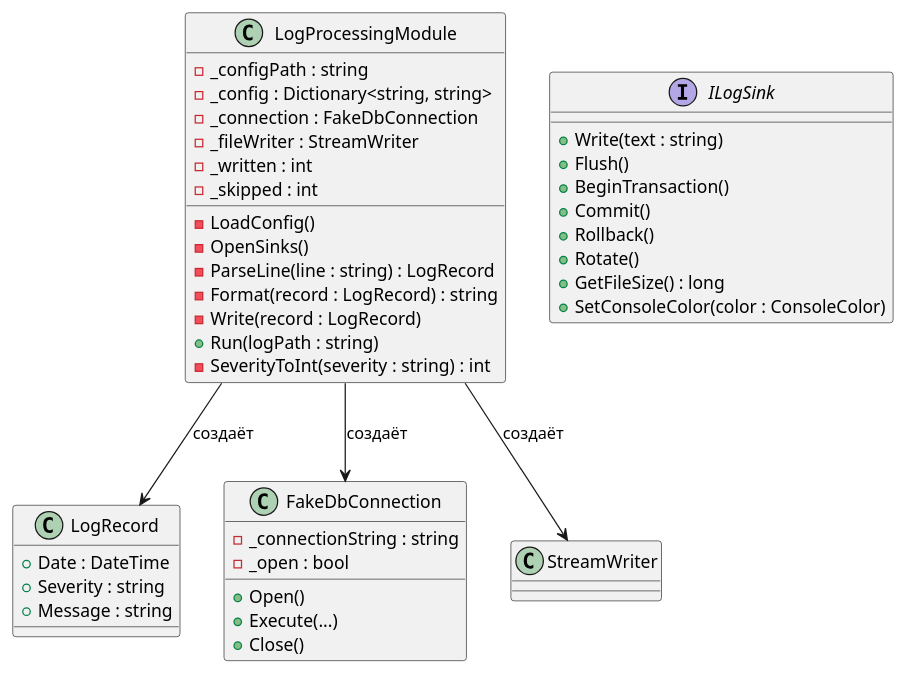
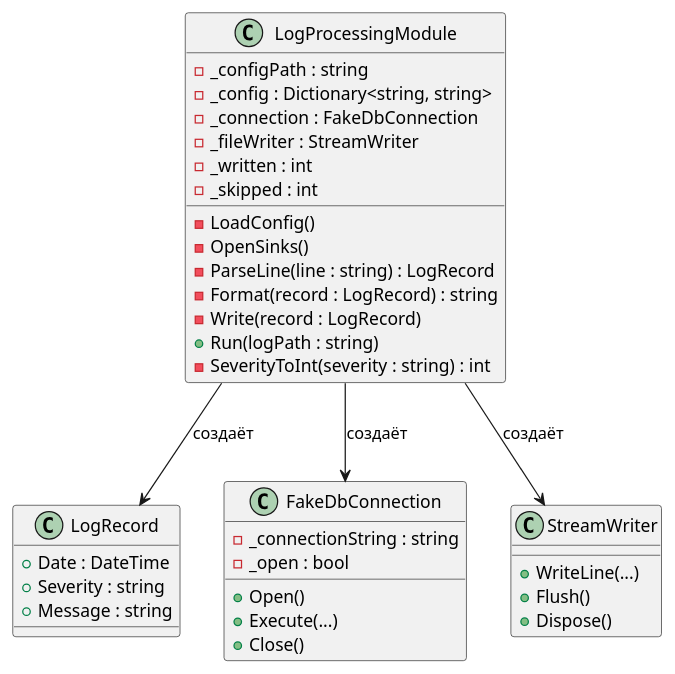
One commit to Allureeee/LogHub-workshop changed the diagram in docs/diagrams/ЛР1/god-object-before.puml. Above: the diagram before and after it, drawn with PlantUML. The commit also changed 2 other files, not shown here.

Commit message:
Оформление README и изменение диаграмм ЛР1

```diff
--- a/docs/diagrams/ЛР1/god-object-before.puml
+++ b/docs/diagrams/ЛР1/god-object-before.puml
@@ -1,48 +1,37 @@
 @startuml
-
 class LogProcessingModule {
     -_configPath : string
     -_config : Dictionary<string, string>
     -_connection : FakeDbConnection
     -_fileWriter : StreamWriter
     -_written : int
     -_skipped : int
-
     -LoadConfig()
     -OpenSinks()
     -ParseLine(line : string) : LogRecord
     -Format(record : LogRecord) : string
     -Write(record : LogRecord)
     +Run(logPath : string)
     -SeverityToInt(severity : string) : int
-}
-interface ILogSink {
-    +Write(text : string)
-    +Flush()
-    +BeginTransaction()
-    +Commit()
-    +Rollback()
-    +Rotate()
-    +GetFileSize() : long
-    +SetConsoleColor(color : ConsoleColor)
 }
 class LogRecord {
     +Date : DateTime
     +Severity : string
     +Message : string
 }
 class FakeDbConnection {
     -_connectionString : string
     -_open : bool
     +Open()
     +Execute(...)
     +Close()
 }
-
-class StreamWriter
-
+class StreamWriter {
+    +WriteLine(...)
+    +Flush()
+    +Dispose()
+}
 LogProcessingModule --> LogRecord : создаёт
 LogProcessingModule --> FakeDbConnection : создаёт
 LogProcessingModule --> StreamWriter : создаёт
-
 @enduml
```
